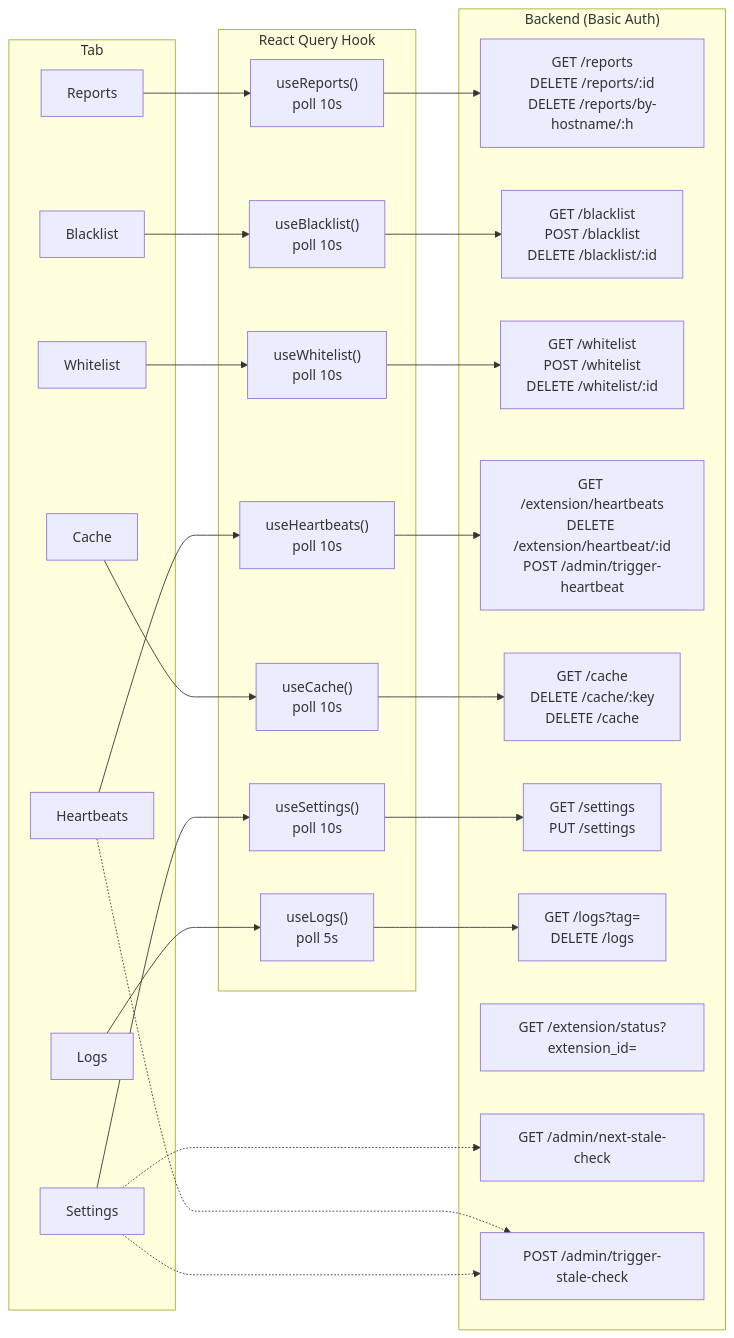
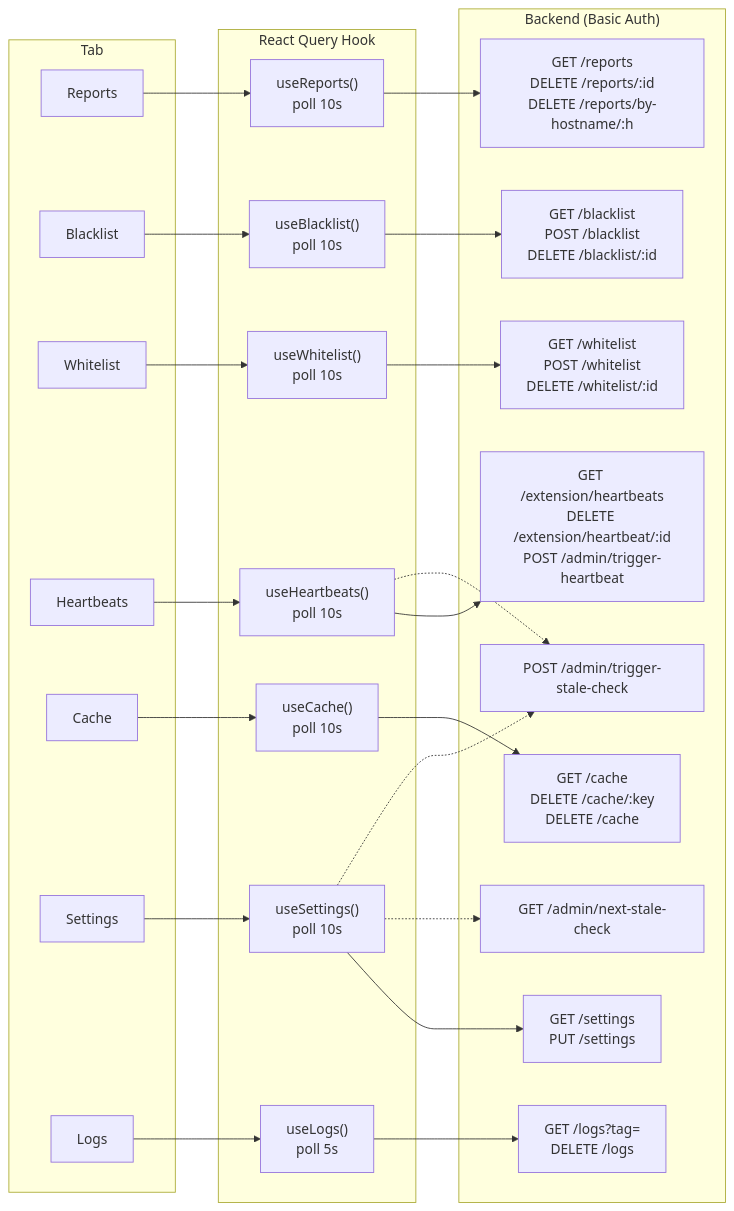
Before and after one commit to rizkyfauziilmi/gambling-blocker: the first of 3 diagrams in client/dashboard/README.md, drawn with Mermaid. The commit also changed other lines of this file, not shown here.

Commit message:
rapihkan diagram Aliran Data Dashboard (hapus aE, dotted line dari hook, spasi antar subgraph)

````diff
--- a/client/dashboard/README.md
+++ b/client/dashboard/README.md
@@ -89,44 +89,47 @@
 ```mermaid
 flowchart LR
     subgraph TAB["Tab"]
         R["Reports"]
         B["Blacklist"]
         W["Whitelist"]
         H["Heartbeats"]
         C["Cache"]
         S["Settings"]
         L["Logs"]
     end
+
     subgraph HOOK["React Query Hook"]
         hR["useReports()<br/>poll 10s"]
         hB["useBlacklist()<br/>poll 10s"]
         hW["useWhitelist()<br/>poll 10s"]
         hH["useHeartbeats()<br/>poll 10s"]
         hC["useCache()<br/>poll 10s"]
         hS["useSettings()<br/>poll 10s"]
         hL["useLogs()<br/>poll 5s"]
     end
+
     subgraph API["Backend (Basic Auth)"]
         aR["GET /reports<br/>DELETE /reports/:id<br/>DELETE /reports/by-hostname/:h"]
         aB["GET /blacklist<br/>POST /blacklist<br/>DELETE /blacklist/:id"]
         aW["GET /whitelist<br/>POST /whitelist<br/>DELETE /whitelist/:id"]
         aH["GET /extension/heartbeats<br/>DELETE /extension/heartbeat/:id<br/>POST /admin/trigger-heartbeat"]
         aC["GET /cache<br/>DELETE /cache/:key<br/>DELETE /cache"]
         aS["GET /settings<br/>PUT /settings"]
         aL["GET /logs?tag=<br/>DELETE /logs"]
-        aE["GET /extension/status?extension_id="]
+
         aSC["GET /admin/next-stale-check"]
         aTS["POST /admin/trigger-stale-check"]
     end
 
     R --> hR --> aR
     B --> hB --> aB
     W --> hW --> aW
     H --> hH --> aH
     C --> hC --> aC
     S --> hS --> aS
     L --> hL --> aL
-    S -.-> aSC
-    S -.-> aTS
-    H -.-> aTS
+
+    hS -.-> aSC
+    hS -.-> aTS
+    hH -.-> aTS
 ```
````
